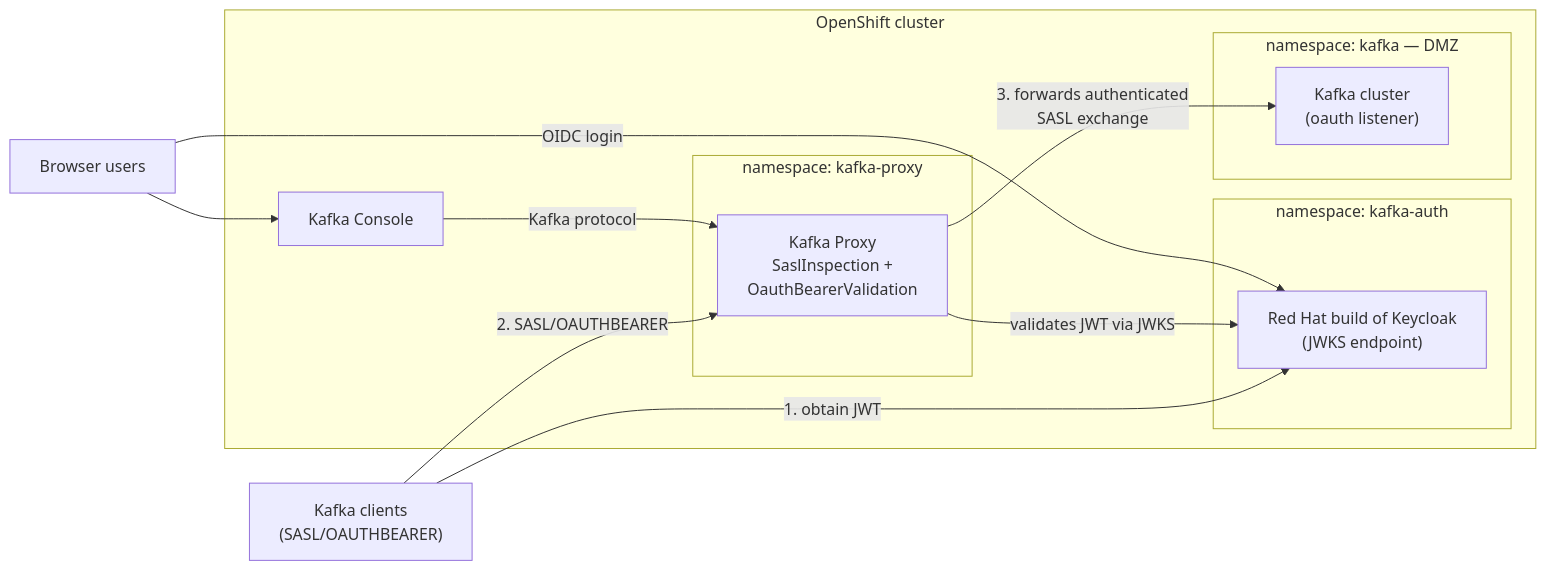
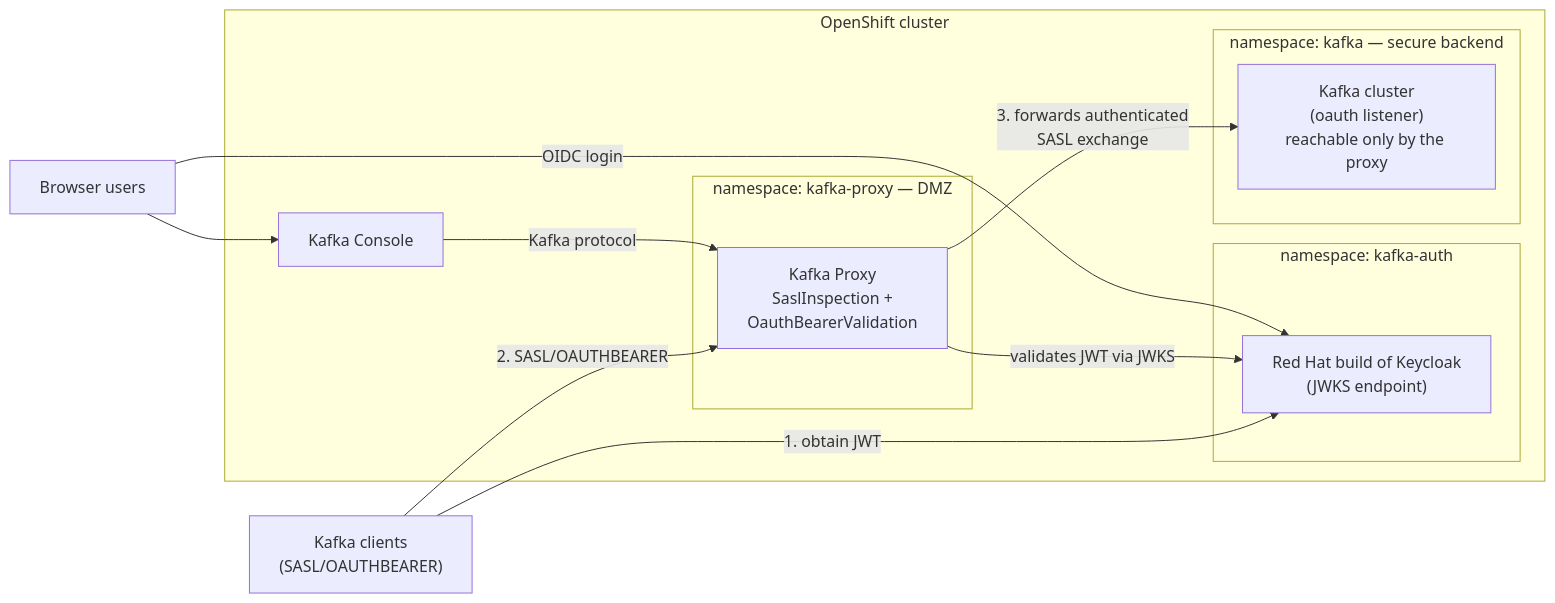
Before and after one commit to jcordes73/kafka-proxy-use-cases: the third of 3 diagrams in README.md, drawn with Mermaid. The commit also changed other lines of this file and 63 other files, not shown here.

````diff
--- a/README.md
+++ b/README.md
@@ -225,24 +229,24 @@
 ```mermaid
 flowchart LR
     C["Kafka clients<br/>(SASL/OAUTHBEARER)"]
     B["Browser users"]
     subgraph openshift["OpenShift cluster"]
         subgraph authNs["namespace: kafka-auth"]
             KC["Red Hat build of Keycloak<br/>(JWKS endpoint)"]
         end
-        subgraph proxyNs["namespace: kafka-proxy"]
+        subgraph proxyNs["namespace: kafka-proxy — DMZ"]
             P["Kafka Proxy<br/>SaslInspection +<br/>OauthBearerValidation"]
         end
-        subgraph kafkaNs["namespace: kafka — DMZ"]
-            K["Kafka cluster<br/>(oauth listener)"]
+        subgraph kafkaNs["namespace: kafka — secure backend"]
+            K["Kafka cluster<br/>(oauth listener)<br/>reachable only by the proxy"]
         end
         CON["Kafka Console"]
     end
     C -- "1. obtain JWT" --> KC
     C -- "2. SASL/OAUTHBEARER" --> P
     P -- "validates JWT via JWKS" --> KC
     P -- "3. forwards authenticated<br/>SASL exchange" --> K
     B -- "OIDC login" --> KC
     B --> CON
     CON -- "Kafka protocol" --> P
 ```
````
